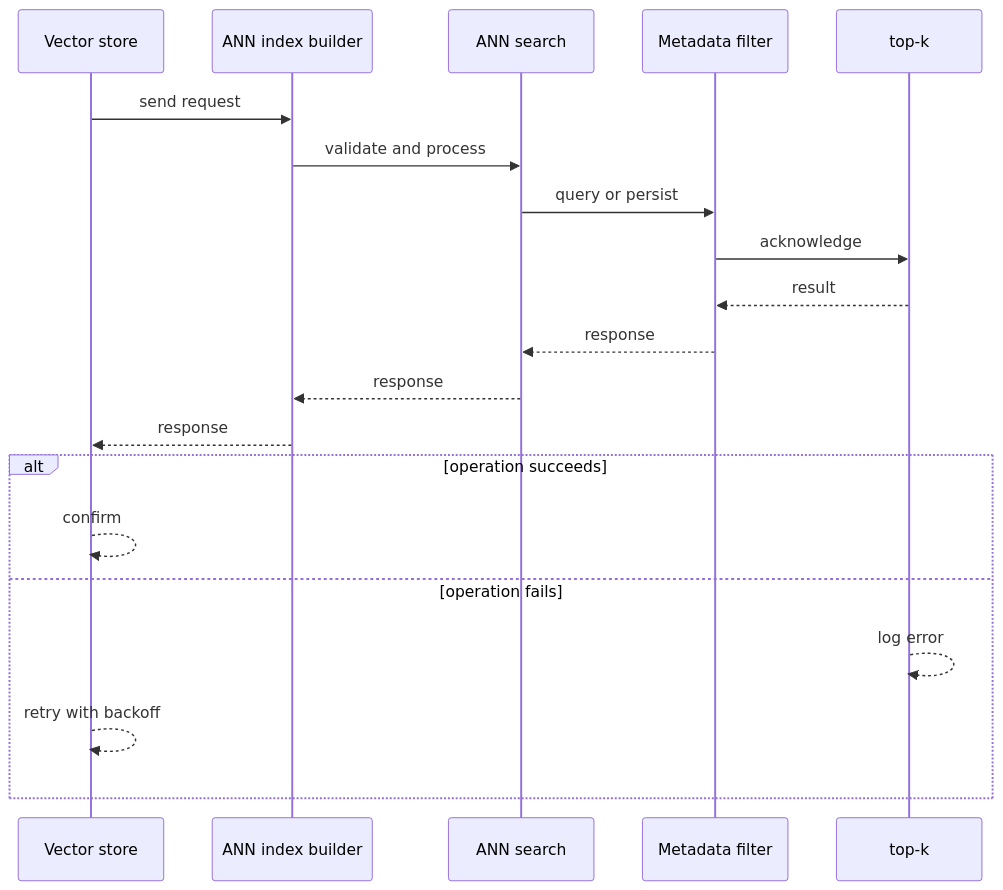
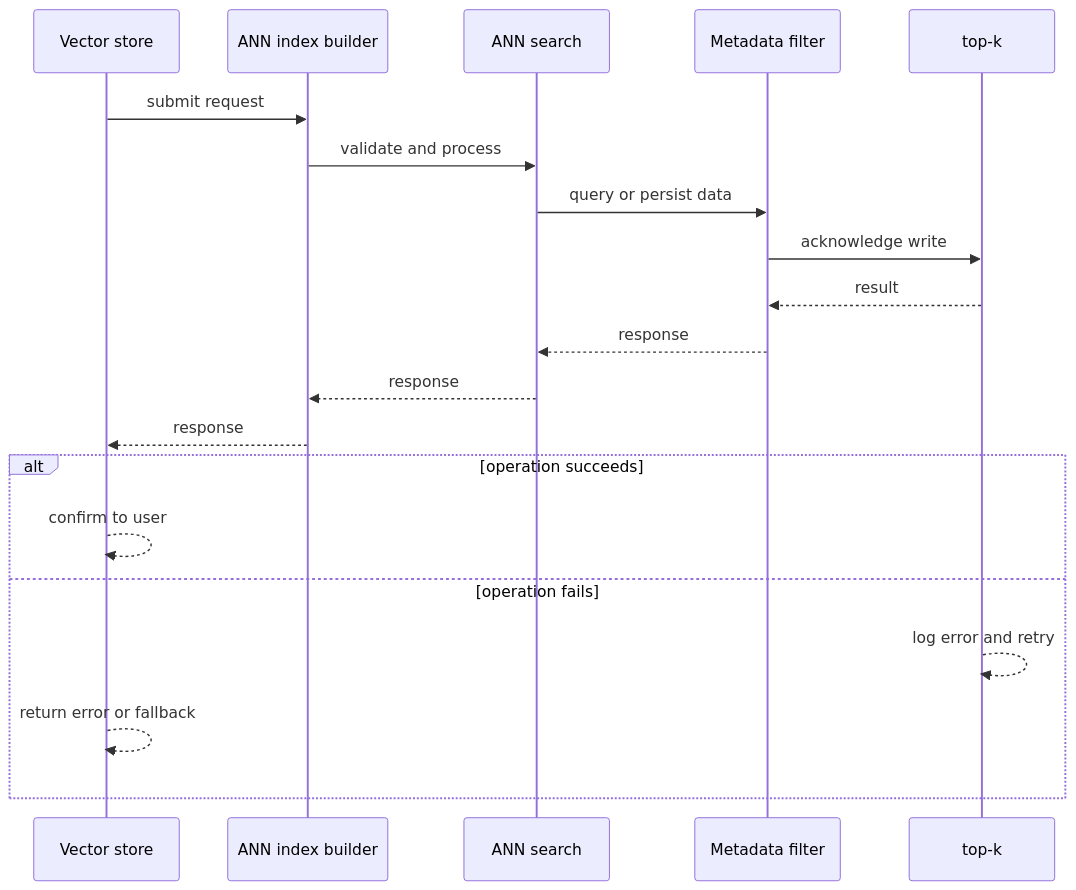
The second of 4 diagrams in case-studies/extreme/vector-database.md (RIT-MESH/system-design-mastery), drawn with Mermaid before and after one commit. The commit also changed other lines of this file and 127 other files, not shown here.

First line of the commit message:
Improve all case study diagrams: case-specific sequences, fix truncated labels

````diff
--- a/case-studies/extreme/vector-database.md
+++ b/case-studies/extreme/vector-database.md
@@ -73,23 +73,23 @@
 ```mermaid
 %% created-for: system-design-mastery
 sequenceDiagram
-  participant C0 as Vector store
-  participant C1 as ANN index builder
-  participant C2 as ANN search
-  participant C3 as Metadata filter
-  participant C4 as top-k
-  C0 ->> C1: send request
-  C1 ->> C2: validate and process
-  C2 ->> C3: query or persist
-  C3 ->> C4: acknowledge
-  C4 -->> C3: result
-  C3 -->> C2: response
-  C2 -->> C1: response
-  C1 -->> C0: response
+  participant P0 as Vector store
+  participant P1 as ANN index builder
+  participant P2 as ANN search
+  participant P3 as Metadata filter
+  participant P4 as top-k
+  P0 ->> P1: submit request
+  P1 ->> P2: validate and process
+  P2 ->> P3: query or persist data
+  P3 ->> P4: acknowledge write
+  P4 -->> P3: result
+  P3 -->> P2: response
+  P2 -->> P1: response
+  P1 -->> P0: response
   alt operation succeeds
-    C0 -->> C0: confirm
+    P0 -->> P0: confirm to user
   else operation fails
-    C4 -->> C4: log error
-    C0 -->> C0: retry with backoff
+    P4 -->> P4: log error and retry
+    P0 -->> P0: return error or fallback
   end
 ```
````
